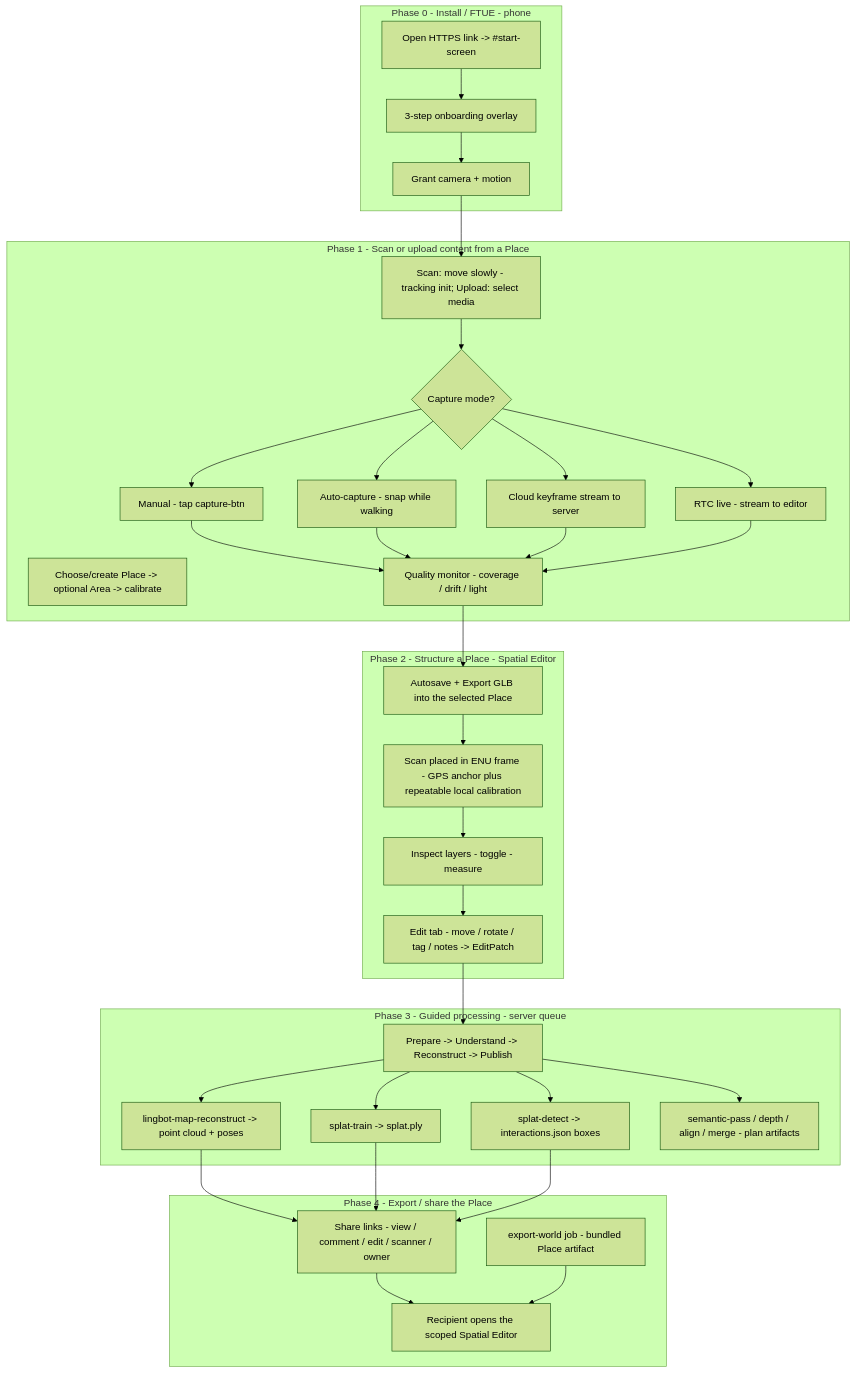
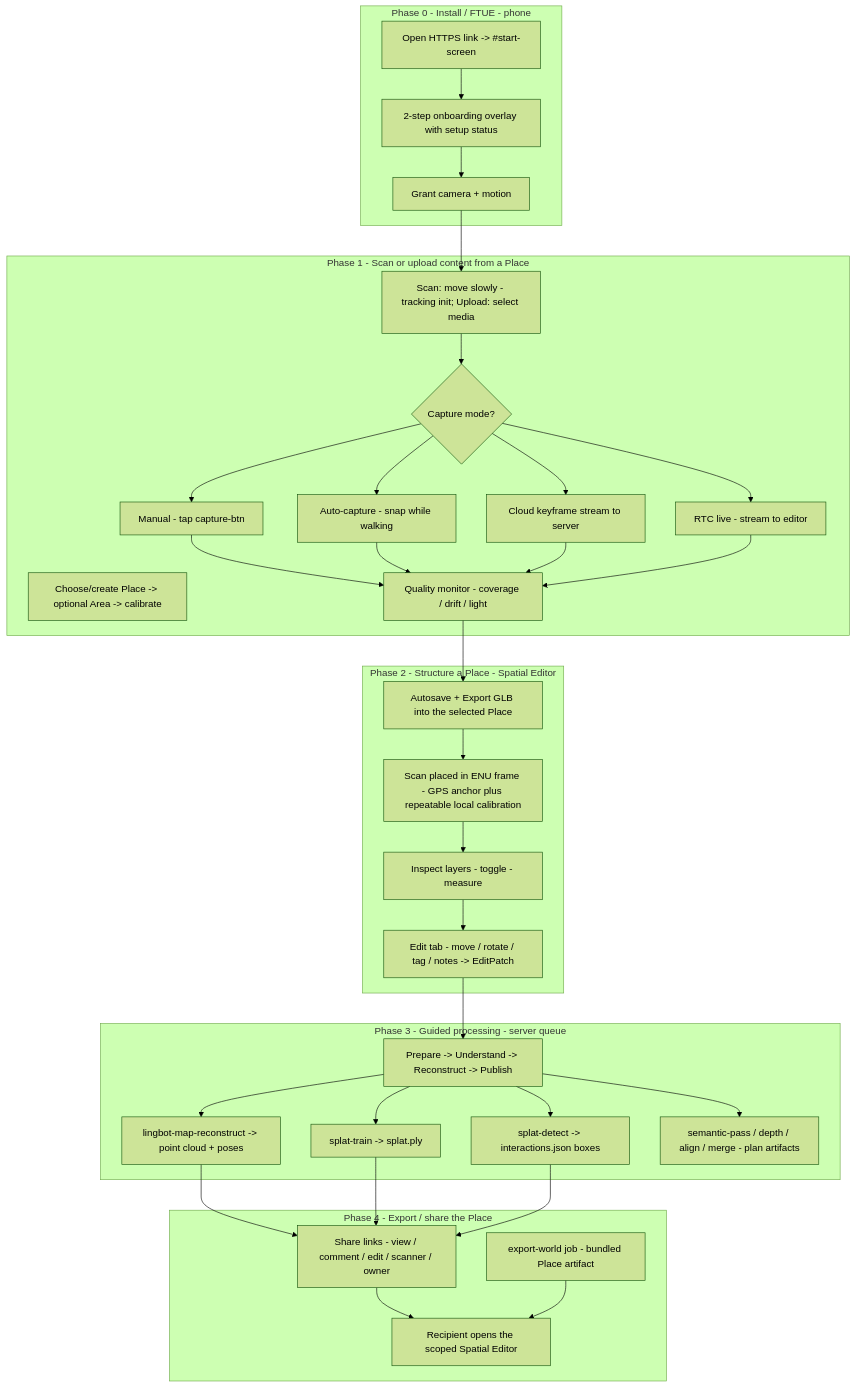
One commit to companionintelligence/CI-Spatial changed the first of 2 diagrams in docs/product/UX_FLOW.md. Above: the diagram before and after it, drawn with Mermaid (forest theme). The commit also changed other lines of this file and 66 other files, not shown here.

````diff
--- a/docs/product/UX_FLOW.md
+++ b/docs/product/UX_FLOW.md
@@ -48,64 +48,64 @@
 ```mermaid
 flowchart TD
   subgraph ftue ["Phase 0 - Install / FTUE - phone"]
     A1["Open HTTPS link -> #start-screen"]
-    A2["3-step onboarding overlay"]
+    A2["2-step onboarding overlay with setup status"]
     A3["Grant camera + motion"]
     A1 --> A2 --> A3
   end
 
   subgraph scan ["Phase 1 - Scan or upload content from a Place"]
     B0["Choose/create Place -> optional Area -> calibrate"]
     B1["Scan: move slowly - tracking init; Upload: select media"]
     B2{"Capture mode?"}
     B3["Manual - tap capture-btn"]
     B4["Auto-capture - snap while walking"]
     B5["Cloud keyframe stream to server"]
     B6["RTC live - stream to editor"]
     B7["Quality monitor - coverage / drift / light"]
     B1 --> B2
     B2 --> B3
     B2 --> B4
     B2 --> B5
     B2 --> B6
     B3 --> B7
     B4 --> B7
     B5 --> B7
     B6 --> B7
   end
 
   subgraph structure ["Phase 2 - Structure a Place - Spatial Editor"]
     C1["Autosave + Export GLB into the selected Place"]
     C2["Scan placed in ENU frame - GPS anchor plus repeatable local calibration"]
     C3["Inspect layers - toggle - measure"]
     C4["Edit tab - move / rotate / tag / notes -> EditPatch"]
     C1 --> C2 --> C3 --> C4
   end
 
   subgraph process ["Phase 3 - Guided processing - server queue"]
     D1["Prepare -> Understand -> Reconstruct -> Publish"]
     D2["lingbot-map-reconstruct -> point cloud + poses"]
     D3["splat-train -> splat.ply"]
     D4["splat-detect -> interactions.json boxes"]
     D5["semantic-pass / depth / align / merge - plan artifacts"]
     D1 --> D2
     D1 --> D3
     D1 --> D4
     D1 --> D5
   end
 
   subgraph share ["Phase 4 - Export / share the Place"]
     E1["Share links - view / comment / edit / scanner / owner"]
     E2["export-world job - bundled Place artifact"]
     E3["Recipient opens the scoped Spatial Editor"]
     E1 --> E3
     E2 --> E3
   end
 
   A3 --> B1
   B7 --> C1
   C4 --> D1
   D2 --> E1
   D3 --> E1
   D4 --> E1
 ```
````
